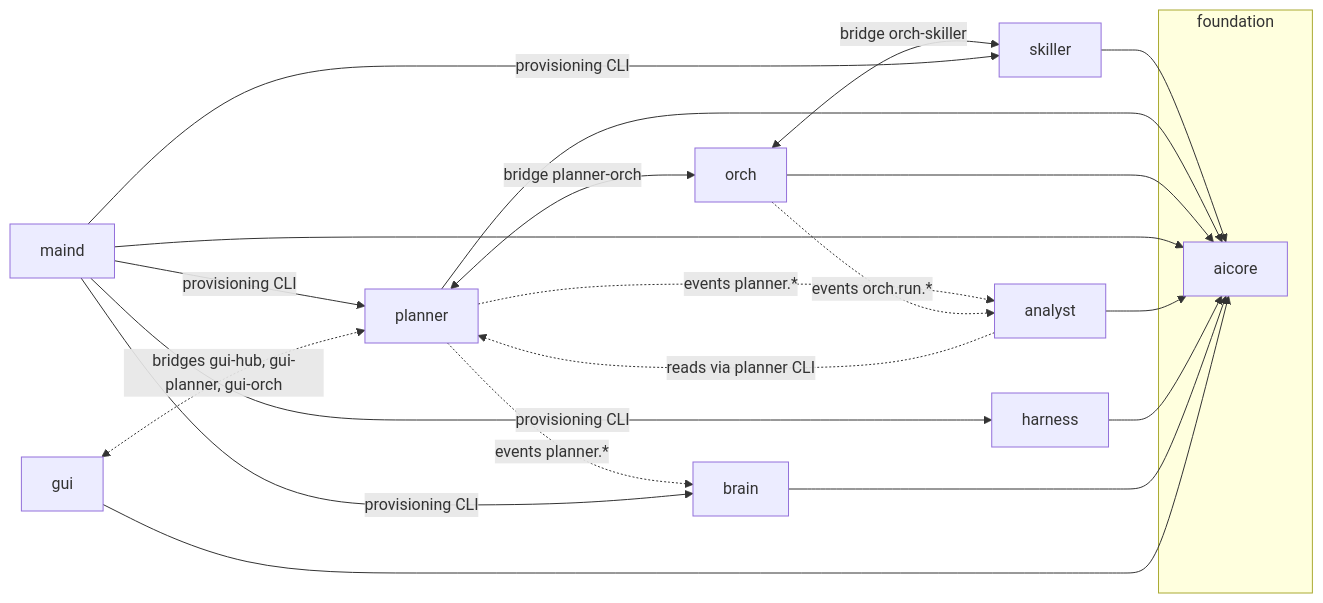
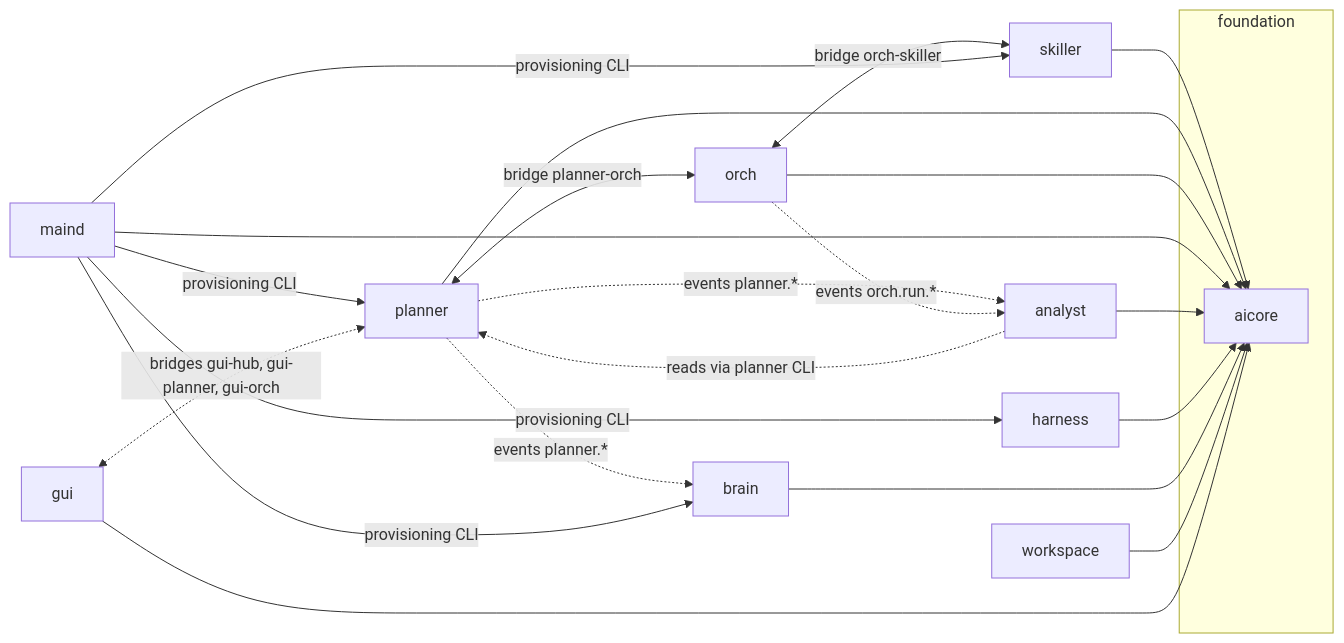
The first of 2 diagrams in docs/architecture/ecosystem.md (academici/swissknifeman), drawn with Mermaid before and after one commit. The commit also changed other lines of this file and 41 other files, not shown here.

````diff
--- a/docs/architecture/ecosystem.md
+++ b/docs/architecture/ecosystem.md
@@ -88,25 +90,26 @@
 ```mermaid
 flowchart LR
   subgraph foundation
     aicore
   end
   skiller --> aicore
   planner --> aicore
   orch --> aicore
   maind --> aicore
   analyst --> aicore
   harness --> aicore
   brain --> aicore
+  workspace --> aicore
   gui --> aicore
   planner <-- "bridge planner-orch" --> orch
   orch <-- "bridge orch-skiller" --> skiller
   analyst -. "reads via planner CLI" .-> planner
   planner -. "events planner.*" .-> brain
   planner -. "events planner.*" .-> analyst
   orch -. "events orch.run.*" .-> analyst
   maind -- "provisioning CLI" --> skiller
   maind -- "provisioning CLI" --> planner
   maind -- "provisioning CLI" --> harness
   maind -- "provisioning CLI" --> brain
   gui <-. "bridges gui-hub, gui-planner, gui-orch" .-> planner
 ```
````
